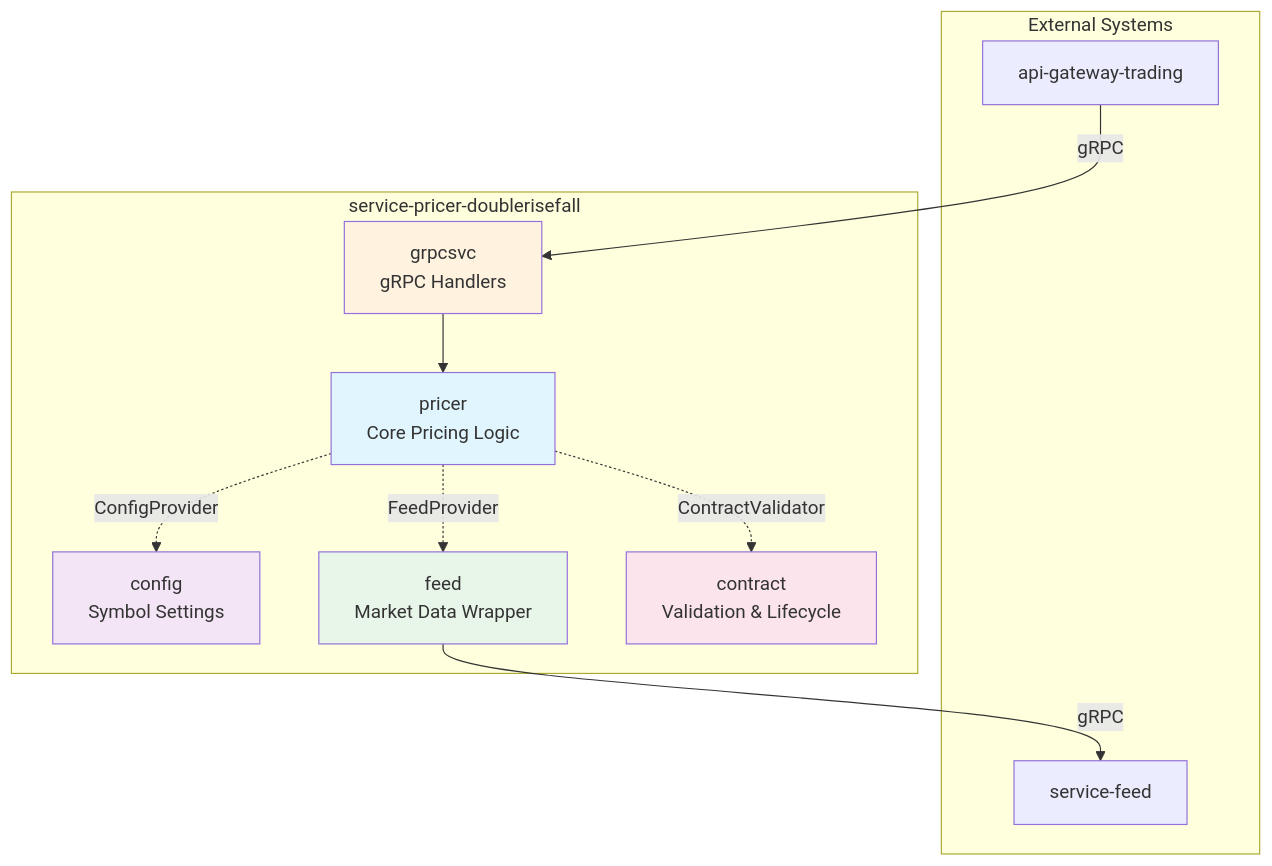
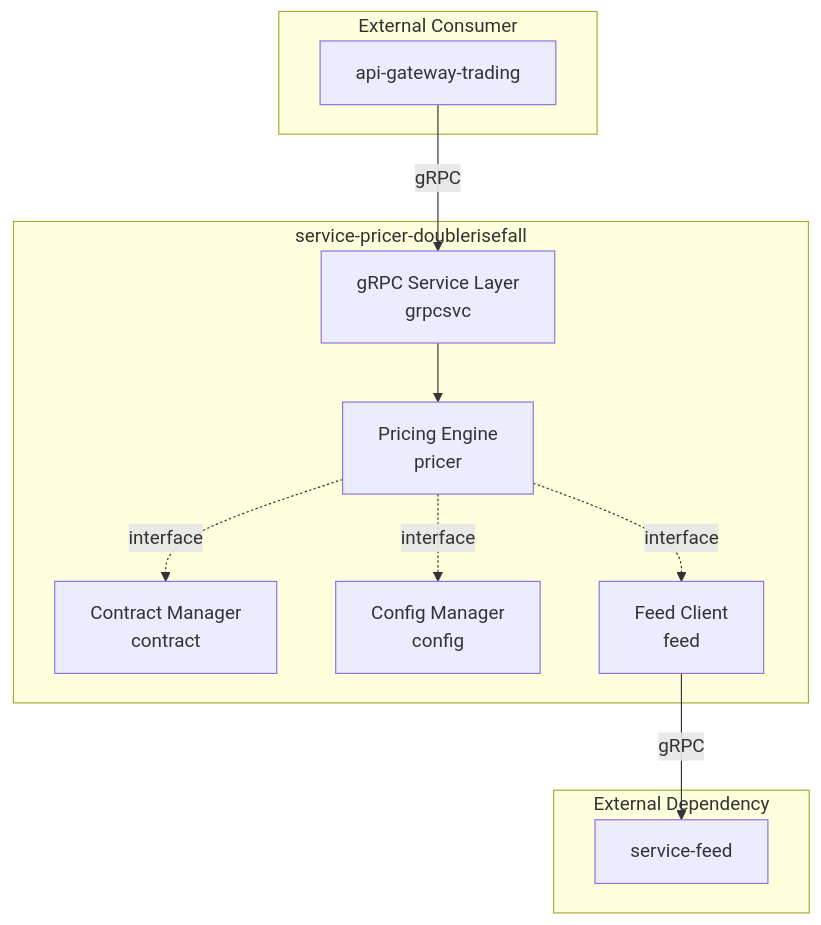
One commit to junbon-deriv/specai-process changed the first of 3 diagrams in workspace/output/architecture/architecture.md. Above: the diagram before and after it, drawn with Mermaid. The commit also changed other lines of this file and 41 other files, not shown here.

````diff
--- a/workspace/output/architecture/architecture.md
+++ b/workspace/output/architecture/architecture.md
@@ -28,28 +36,25 @@
 ```mermaid
 graph TB
-    subgraph External["External Systems"]
-        AGW[api-gateway-trading]
+    subgraph "External Consumer"
+        AGT[api-gateway-trading]
+    end
+    
+    subgraph "service-pricer-doublerisefall"
+        GRPC[gRPC Service Layer<br/>grpcsvc]
+        PRICER[Pricing Engine<br/>pricer]
+        CONTRACT[Contract Manager<br/>contract]
+        CONFIG[Config Manager<br/>config]
+        FEED[Feed Client<br/>feed]
+    end
+    
+    subgraph "External Dependency"
         SF[service-feed]
     end
     
-    subgraph Service["service-pricer-doublerisefall"]
-        GRPC[grpcsvc<br/>gRPC Handlers]
-        PRICER[pricer<br/>Core Pricing Logic]
-        CONFIG[config<br/>Symbol Settings]
-        FEED[feed<br/>Market Data Wrapper]
-        CONTRACT[contract<br/>Validation & Lifecycle]
-    end
-    
-    AGW -->|gRPC| GRPC
+    AGT -->|gRPC| GRPC
     GRPC --> PRICER
-    PRICER -.->|ConfigProvider| CONFIG
-    PRICER -.->|FeedProvider| FEED
-    PRICER -.->|ContractValidator| CONTRACT
+    PRICER -.->|interface| CONTRACT
+    PRICER -.->|interface| CONFIG
+    PRICER -.->|interface| FEED
     FEED -->|gRPC| SF
-    
-    style PRICER fill:#e1f5fe
-    style GRPC fill:#fff3e0
-    style CONFIG fill:#f3e5f5
-    style FEED fill:#e8f5e9
-    style CONTRACT fill:#fce4ec
 ```
````
